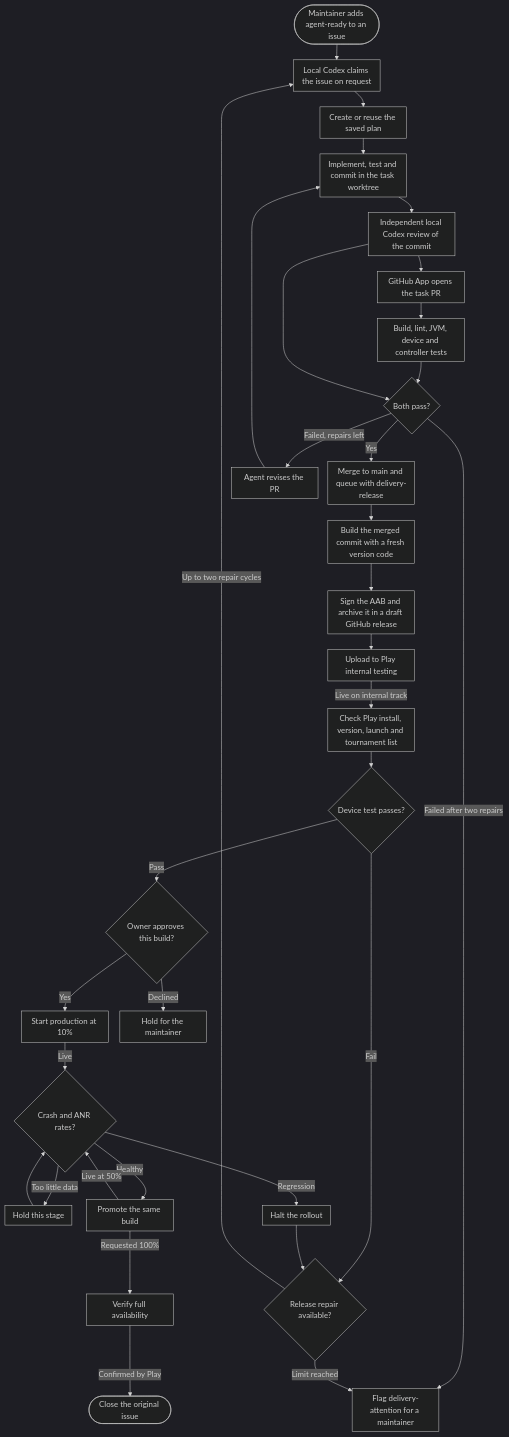
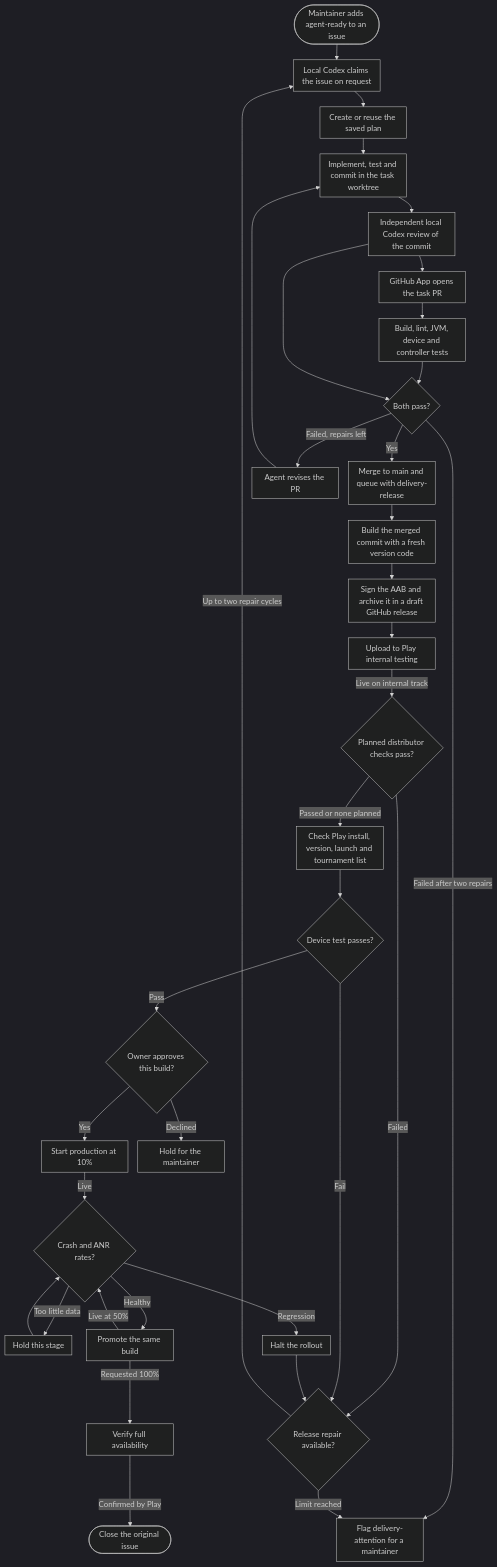
The diagram in README.md (Oziomajnr/ChessTournamentManager), drawn with Mermaid (dark theme) before and after one commit. The commit also changed other lines of this file and 11 other files, not shown here.

Commit message:
Verify distributor reports after internal publication (#12)

````diff
--- a/README.md
+++ b/README.md
@@ -69,52 +69,54 @@
 ```mermaid
 ---
 config:
   flowchart:
     nodeSpacing: 20
     rankSpacing: 32
     padding: 8
     wrappingWidth: 145
 ---
 flowchart TD
     accTitle: Agentic delivery from a GitHub issue to Google Play
     accDescr: A maintainer queues an issue. Agents plan, implement and review the change. CI and review must pass on the same commit before merge. A Play-installed device test and owner approval precede a staged production rollout. Failures lead to repairs or a maintainer. The issue closes when Play confirms full availability.
 
     %% Issue and pull request
     intake(["Maintainer adds agent-ready to an issue"]) --> pickup["Local Codex claims the issue on request"]
     pickup --> plan["Create or reuse the saved plan"]
     plan --> implement["Implement, test and commit in the task worktree"]
     implement --> review["Independent local Codex review of the commit"]
     review --> pr["GitHub App opens the task PR"]
     pr --> ci["Build, lint, JVM, device and controller tests"]
     ci --> gate{"Both pass?"}
     review --> gate
     gate -->|Yes| merge["Merge to main and queue with delivery-release"]
     gate -->|Failed, repairs left| patch["Agent revises the PR"]
     patch --> implement
     gate -->|Failed after two repairs| attention["Flag delivery-attention for a maintainer"]
 
     %% Build and internal testing
     merge --> build["Build the merged commit with a fresh version code"]
     build --> sign["Sign the AAB and archive it in a draft GitHub release"]
     sign --> upload["Upload to Play internal testing"]
-    upload -->|Live on internal track| install["Check Play install, version, launch and tournament list"]
+    upload -->|Live on internal track| reports{"Planned distributor checks pass?"}
+    reports -->|Passed or none planned| install["Check Play install, version, launch and tournament list"]
+    reports -->|Failed| repair
     install --> smoke{"Device test passes?"}
 
     %% Production rollout
     approval{"Owner approves this build?"} -->|Yes| ten["Start production at 10%"]
     approval -->|Declined| blocked["Hold for the maintainer"]
     ten -->|Live| vitals{"Crash and ANR rates?"}
     vitals -->|Too little data| wait["Hold this stage"]
     wait --> vitals
     vitals -->|Regression| halt["Halt the rollout"]
     vitals -->|Healthy| promote["Promote the same build"]
     promote -->|Live at 50%| vitals
     promote -->|Requested 100%| full["Verify full availability"]
     full -->|Confirmed by Play| closed(["Close the original issue"])
 
     smoke -->|Pass| approval
     smoke -->|Fail| repair{"Release repair available?"}
     halt --> repair
     repair -->|Up to two repair cycles| pickup
     repair -->|Limit reached| attention
 ```
````
